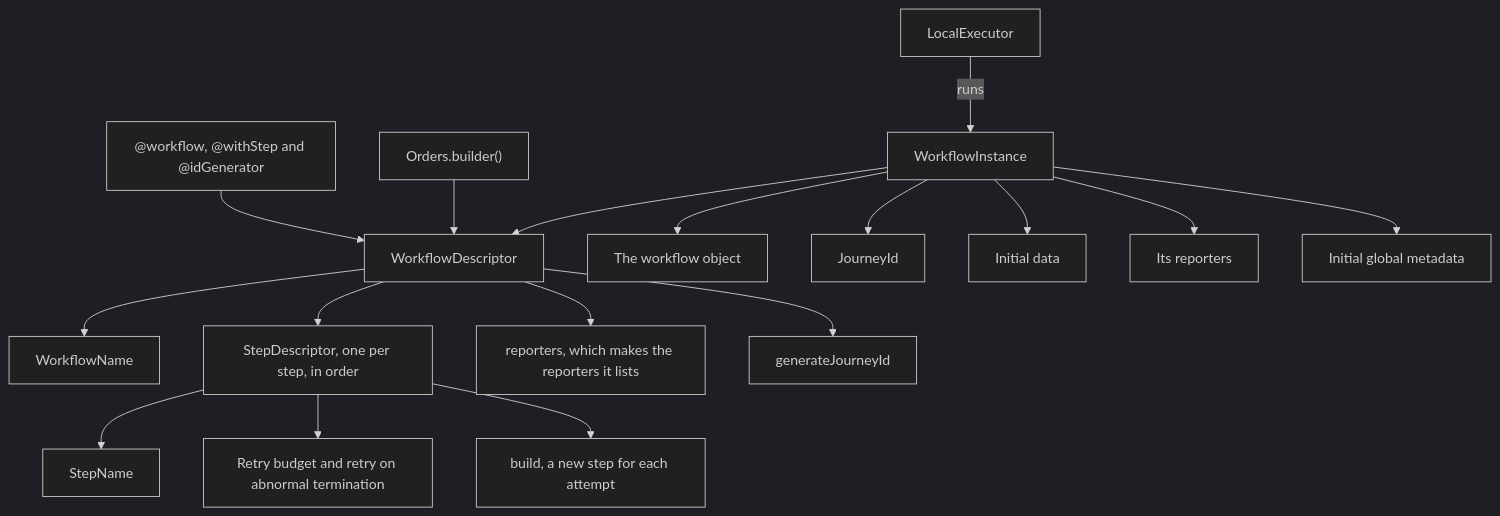
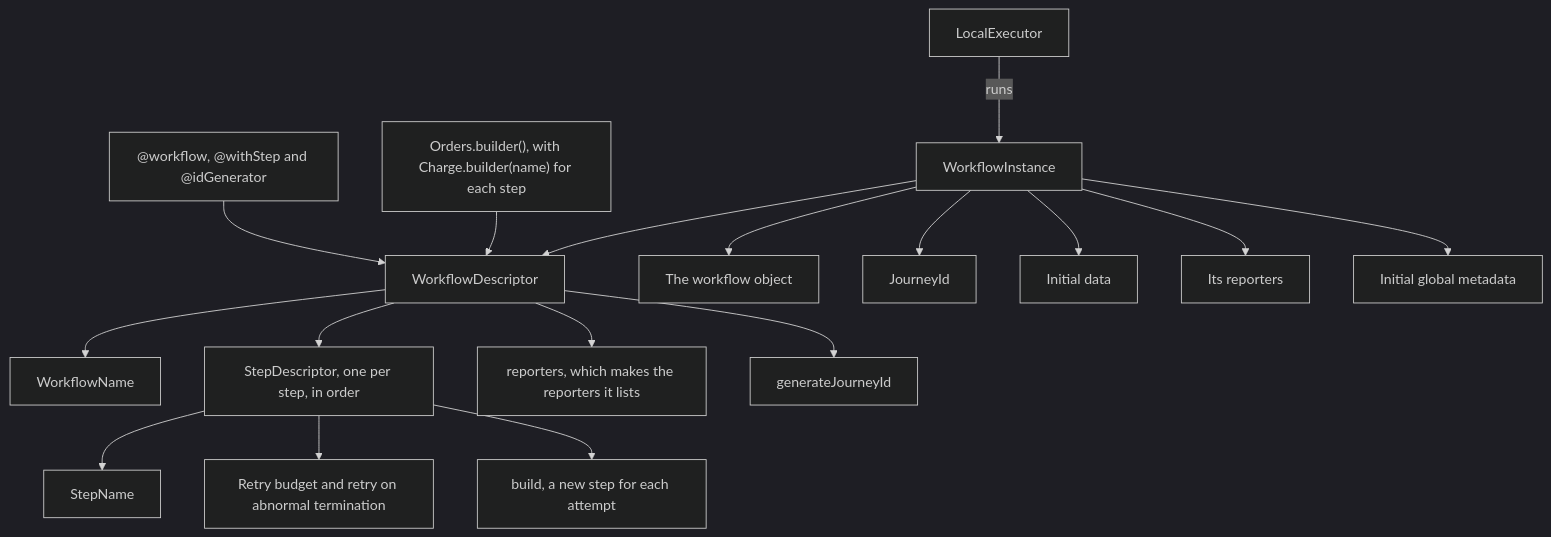
One commit to itinera-dev/itinera-ts changed the second of 8 diagrams in docs/architecture.md. Above: the diagram before and after it, drawn with Mermaid (dark theme). The commit also changed other lines of this file and 24 other files, not shown here.

First line of the commit message:
feat(step): give each step of the workflow builder a builder of its own

````diff
--- a/docs/architecture.md
+++ b/docs/architecture.md
@@ -57,21 +57,21 @@
 ```mermaid
 flowchart TD
     accTitle: What a workflow descriptor and an instance hold
-    accDescr: A workflow descriptor holds its name, its step descriptors in order, makes the reporters it lists, and generates journey IDs. A step descriptor holds the step's name, its retry budget, whether it retries an abnormal termination, and how to build the step. Decorators and the builder both make the descriptor. An instance holds the descriptor beside the workflow object, its journey ID, its initial data, its reporters and its initial global metadata, and the local executor runs it.
+    accDescr: A workflow descriptor holds its name, its step descriptors in order, makes the reporters it lists, and generates journey IDs. A step descriptor holds the step's name, its retry budget, whether it retries an abnormal termination, and how to build the step. Decorators and the builder, given a builder for each step, both make the descriptor. An instance holds the descriptor beside the workflow object, its journey ID, its initial data, its reporters and its initial global metadata, and the local executor runs it.
     decorators["@workflow, @withStep and @idGenerator"] --> descriptor["WorkflowDescriptor"]
-    builder["Orders.builder()"] --> descriptor
+    builder["Orders.builder(), with Charge.builder(name) for each step"] --> descriptor
     descriptor --> name["WorkflowName"]
     descriptor --> steps["StepDescriptor, one per step, in order"]
     descriptor --> reporters["reporters, which makes the reporters it lists"]
     descriptor --> generator["generateJourneyId"]
     steps --> stepName["StepName"]
     steps --> budget["Retry budget and retry on abnormal termination"]
     steps --> build["build, a new step for each attempt"]
     instance["WorkflowInstance"] --> descriptor
     instance --> workflow["The workflow object"]
     instance --> id["JourneyId"]
     instance --> data["Initial data"]
     instance --> ireporters["Its reporters"]
     instance --> metadata["Initial global metadata"]
     executor["LocalExecutor"] -->|"runs"| instance
 ```
````
